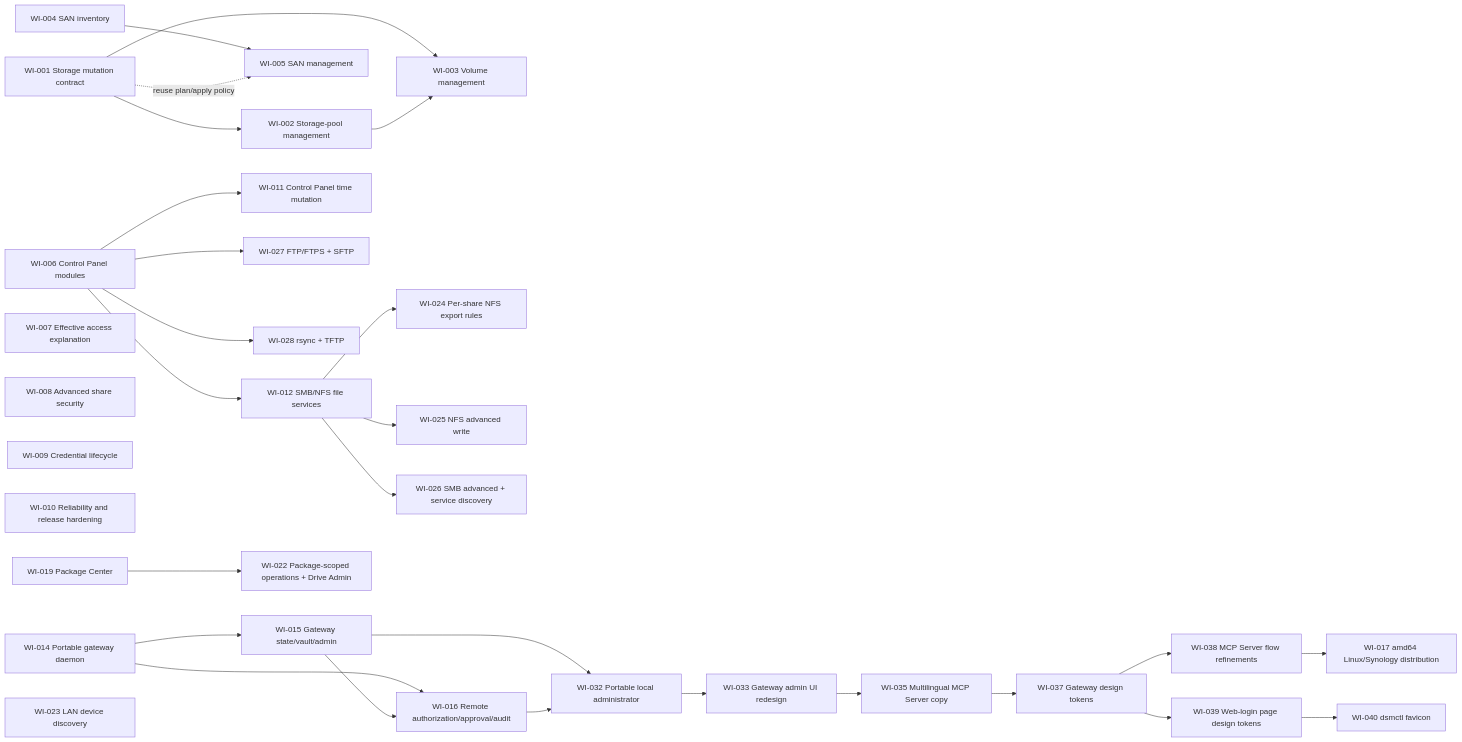
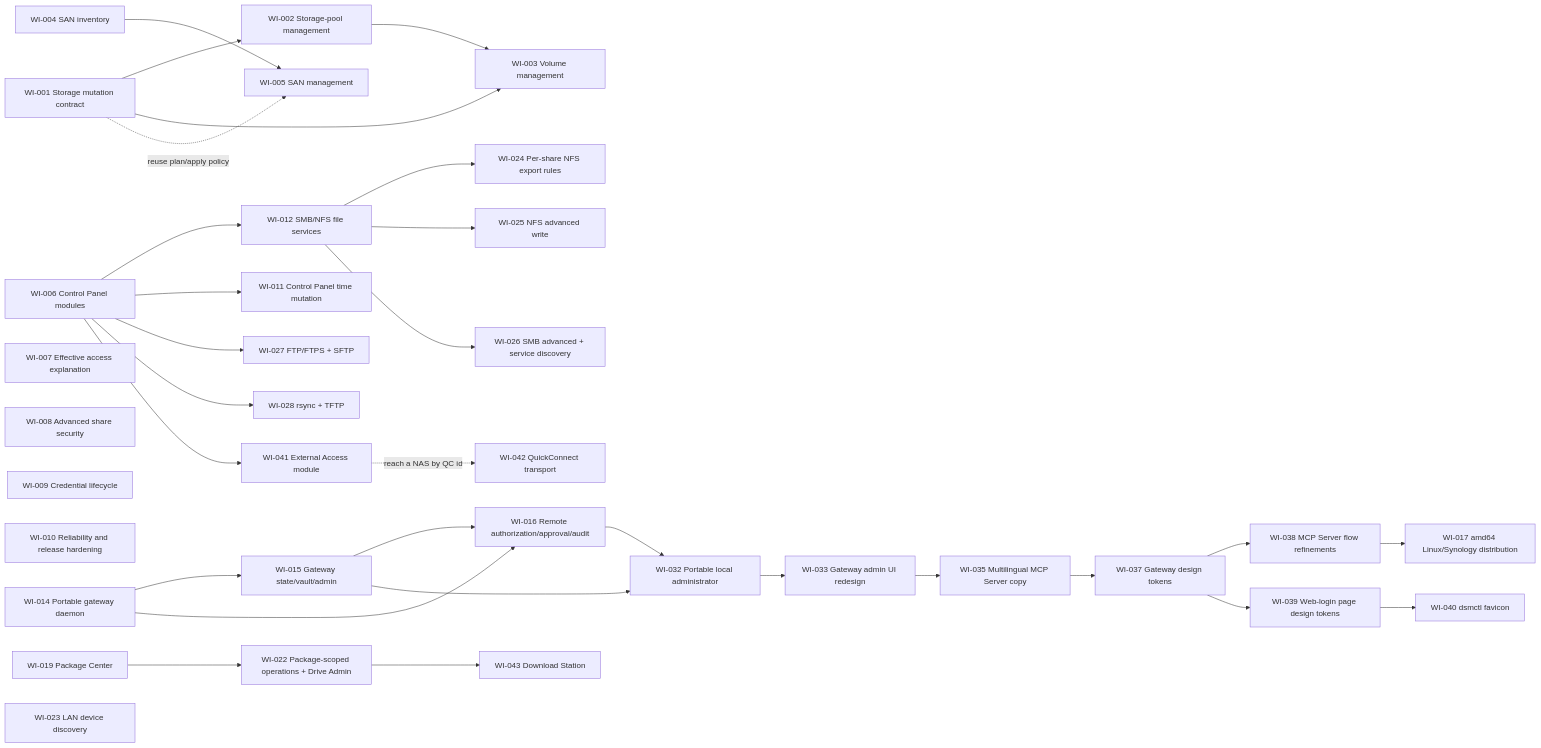
Before and after one commit to ychiu1211/dsmctl: the diagram in spec/roadmap.md, drawn with Mermaid. The commit also changed other lines of this file and 25 other files, not shown here.

First line of the commit message:
Add External Access and Download Station modules

````diff
--- a/spec/roadmap.md
+++ b/spec/roadmap.md
@@ -9,34 +9,37 @@
 ```mermaid
 flowchart LR
   WI001["WI-001 Storage mutation contract"] --> WI002["WI-002 Storage-pool management"]
   WI001 --> WI003["WI-003 Volume management"]
   WI002 --> WI003
   WI004["WI-004 SAN inventory"] --> WI005["WI-005 SAN management"]
   WI001 -. "reuse plan/apply policy" .-> WI005
   WI006["WI-006 Control Panel modules"]
   WI006 --> WI012["WI-012 SMB/NFS file services"]
   WI006 --> WI011["WI-011 Control Panel time mutation"]
   WI012 --> WI024["WI-024 Per-share NFS export rules"]
   WI012 --> WI025["WI-025 NFS advanced write"]
   WI012 --> WI026["WI-026 SMB advanced + service discovery"]
   WI006 --> WI027["WI-027 FTP/FTPS + SFTP"]
   WI006 --> WI028["WI-028 rsync + TFTP"]
   WI007["WI-007 Effective access explanation"]
   WI008["WI-008 Advanced share security"]
   WI009["WI-009 Credential lifecycle"]
   WI010["WI-010 Reliability and release hardening"]
   WI014["WI-014 Portable gateway daemon"] --> WI015["WI-015 Gateway state/vault/admin"]
   WI014 --> WI016["WI-016 Remote authorization/approval/audit"]
   WI015 --> WI016
   WI015 --> WI032["WI-032 Portable local administrator"]
   WI016 --> WI032
   WI032 --> WI033["WI-033 Gateway admin UI redesign"]
   WI033 --> WI035["WI-035 Multilingual MCP Server copy"]
   WI035 --> WI037["WI-037 Gateway design tokens"]
   WI037 --> WI038["WI-038 MCP Server flow refinements"]
   WI038 --> WI017["WI-017 amd64 Linux/Synology distribution"]
   WI037 --> WI039["WI-039 Web-login page design tokens"]
   WI039 --> WI040["WI-040 dsmctl favicon"]
+  WI006 --> WI041["WI-041 External Access module"]
+  WI041 -. "reach a NAS by QC id" .-> WI042["WI-042 QuickConnect transport"]
   WI019["WI-019 Package Center"] --> WI022["WI-022 Package-scoped operations + Drive Admin"]
+  WI022 --> WI043["WI-043 Download Station"]
   WI023["WI-023 LAN device discovery"]
 ```
````
